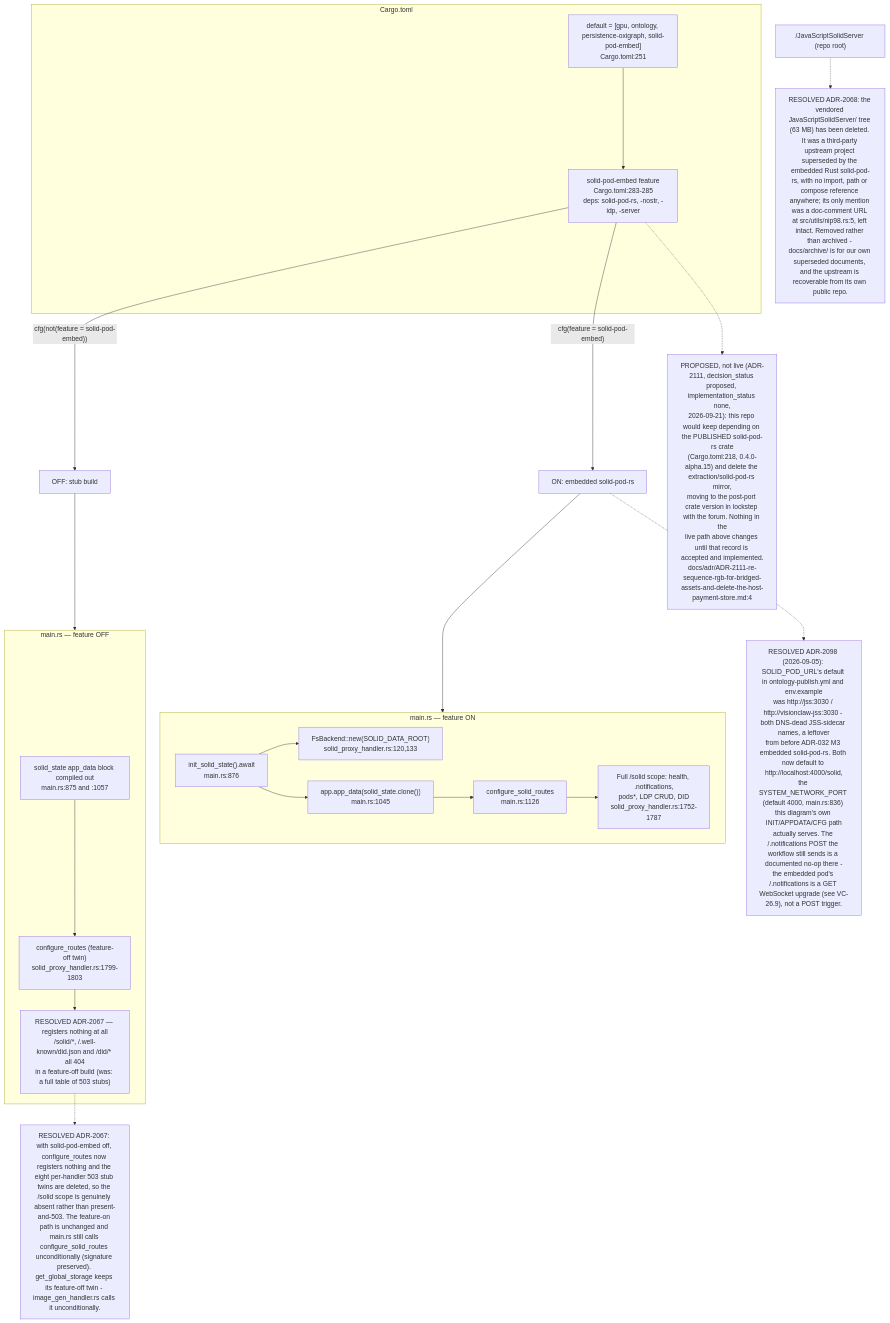
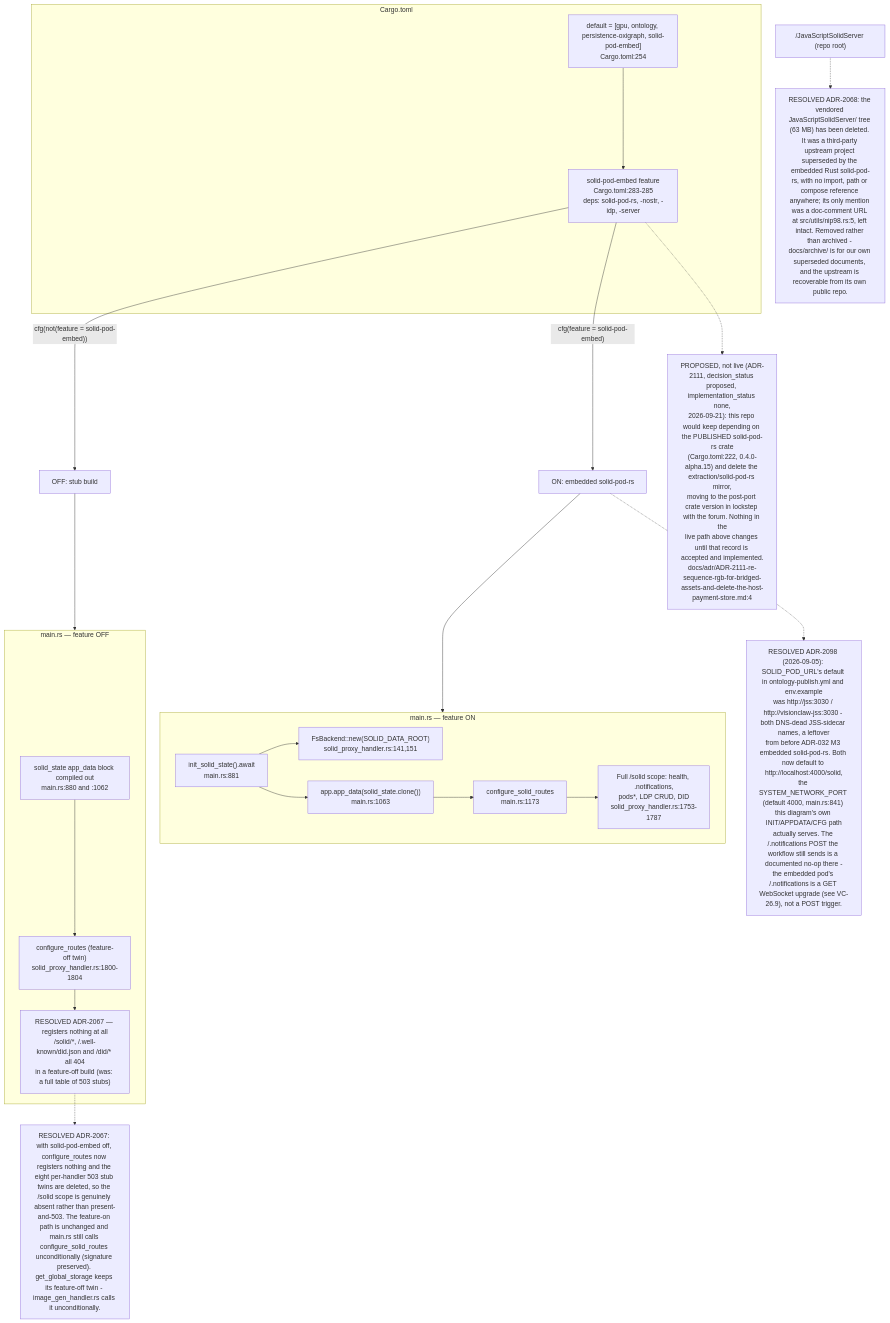
Before and after one commit to DreamLab-AI/VisionFlow: the first of 13 diagrams in docs/diagrams/visionclaw/26-solid-pod-and-jss.md, drawn with Mermaid. The commit also changed other lines of this file and 136 other files, not shown here.

First line of the commit message:
docs(diagrams): refresh the whole corpus to code HEAD and prune low-value diagrams

````diff
--- a/docs/diagrams/visionclaw/26-solid-pod-and-jss.md
+++ b/docs/diagrams/visionclaw/26-solid-pod-and-jss.md
@@ -41,43 +41,43 @@
 ```mermaid
 flowchart TB
     subgraph cargo["Cargo.toml"]
-        DEFAULT["default = [gpu, ontology, persistence-oxigraph, solid-pod-embed]<br/>Cargo.toml:251"]
+        DEFAULT["default = [gpu, ontology, persistence-oxigraph, solid-pod-embed]<br/>Cargo.toml:254"]
         FEAT["solid-pod-embed feature<br/>Cargo.toml:283-285<br/>deps: solid-pod-rs, -nostr, -idp, -server"]
     end
     DEFAULT --> FEAT
     FEAT -->|"cfg(feature = solid-pod-embed)"| ON["ON: embedded solid-pod-rs"]
     FEAT -->|"cfg(not(feature = solid-pod-embed))"| OFF["OFF: stub build"]
 
     subgraph onpath["main.rs — feature ON"]
-        INIT["init_solid_state().await<br/>main.rs:876"]
-        APPDATA["app.app_data(solid_state.clone())<br/>main.rs:1045"]
-        CFG["configure_solid_routes<br/>main.rs:1126"]
-        FS["FsBackend::new(SOLID_DATA_ROOT)<br/>solid_proxy_handler.rs:120,133"]
-        ROUTES["Full /solid scope: health, .notifications,<br/>pods*, LDP CRUD, DID<br/>solid_proxy_handler.rs:1752-1787"]
+        INIT["init_solid_state().await<br/>main.rs:881"]
+        APPDATA["app.app_data(solid_state.clone())<br/>main.rs:1063"]
+        CFG["configure_solid_routes<br/>main.rs:1173"]
+        FS["FsBackend::new(SOLID_DATA_ROOT)<br/>solid_proxy_handler.rs:141,151"]
+        ROUTES["Full /solid scope: health, .notifications,<br/>pods*, LDP CRUD, DID<br/>solid_proxy_handler.rs:1753-1787"]
         INIT --> FS
         INIT --> APPDATA --> CFG --> ROUTES
     end
 
     subgraph offpath["main.rs — feature OFF"]
-        NOINIT["solid_state app_data block compiled out<br/>main.rs:875 and :1057"]
-        STUBCFG["configure_routes (feature-off twin)<br/>solid_proxy_handler.rs:1799-1803"]
+        NOINIT["solid_state app_data block compiled out<br/>main.rs:880 and :1062"]
+        STUBCFG["configure_routes (feature-off twin)<br/>solid_proxy_handler.rs:1800-1804"]
         STUBROUTES["RESOLVED ADR-2067 — registers nothing at all<br/>/solid/*, /.well-known/did.json and /did/* all 404<br/>in a feature-off build (was: a full table of 503 stubs)"]
         NOINIT --> STUBCFG --> STUBROUTES
     end
 
     ON --> onpath
     OFF --> offpath
 
     Note1["RESOLVED ADR-2067: with solid-pod-embed off, configure_routes now registers nothing and the eight per-handler 503 stub twins are deleted, so the /solid scope is genuinely absent rather than present-and-503. The feature-on path is unchanged and main.rs still calls configure_solid_routes unconditionally (signature preserved). get_global_storage keeps its feature-off twin - image_gen_handler.rs calls it unconditionally."]
     STUBROUTES -.-> Note1
 
     Legacy["/JavaScriptSolidServer (repo root)"]
     Note2["RESOLVED ADR-2068: the vendored JavaScriptSolidServer/ tree (63 MB) has been deleted. It was a third-party upstream project superseded by the embedded Rust solid-pod-rs, with no import, path or compose reference anywhere; its only mention was a doc-comment URL at src/utils/nip98.rs:5, left intact. Removed rather than archived - docs/archive/ is for our own superseded documents, and the upstream is recoverable from its own public repo."]
     Legacy -.-> Note2
 
-    Note3["RESOLVED ADR-2098 (2026-09-05): SOLID_POD_URL's default in ontology-publish.yml and env.example<br/>was http://jss:3030 / http://visionclaw-jss:3030 - both DNS-dead JSS-sidecar names, a leftover<br/>from before ADR-032 M3 embedded solid-pod-rs. Both now default to http://localhost:4000/solid,<br/>the SYSTEM_NETWORK_PORT (default 4000, main.rs:836) this diagram's own INIT/APPDATA/CFG path<br/>actually serves. The /.notifications POST the workflow still sends is a documented no-op there -<br/>the embedded pod's /.notifications is a GET WebSocket upgrade (see VC-26.9), not a POST trigger."]
+    Note3["RESOLVED ADR-2098 (2026-09-05): SOLID_POD_URL's default in ontology-publish.yml and env.example<br/>was http://jss:3030 / http://visionclaw-jss:3030 - both DNS-dead JSS-sidecar names, a leftover<br/>from before ADR-032 M3 embedded solid-pod-rs. Both now default to http://localhost:4000/solid,<br/>the SYSTEM_NETWORK_PORT (default 4000, main.rs:841) this diagram's own INIT/APPDATA/CFG path<br/>actually serves. The /.notifications POST the workflow still sends is a documented no-op there -<br/>the embedded pod's /.notifications is a GET WebSocket upgrade (see VC-26.9), not a POST trigger."]
     ON -.-> Note3
 
-    Note4["PROPOSED, not live (ADR-2111, decision_status proposed, implementation_status none,<br/>2026-09-21): this repo would keep depending on the PUBLISHED solid-pod-rs crate<br/>(Cargo.toml:218, 0.4.0-alpha.15) and delete the extraction/solid-pod-rs mirror,<br/>moving to the post-port crate version in lockstep with the forum. Nothing in the<br/>live path above changes until that record is accepted and implemented.<br/>docs/adr/ADR-2111-re-sequence-rgb-for-bridged-assets-and-delete-the-host-payment-store.md:4"]
+    Note4["PROPOSED, not live (ADR-2111, decision_status proposed, implementation_status none,<br/>2026-09-21): this repo would keep depending on the PUBLISHED solid-pod-rs crate<br/>(Cargo.toml:222, 0.4.0-alpha.15) and delete the extraction/solid-pod-rs mirror,<br/>moving to the post-port crate version in lockstep with the forum. Nothing in the<br/>live path above changes until that record is accepted and implemented.<br/>docs/adr/ADR-2111-re-sequence-rgb-for-bridged-assets-and-delete-the-host-payment-store.md:4"]
     FEAT -.-> Note4
 ```
````
